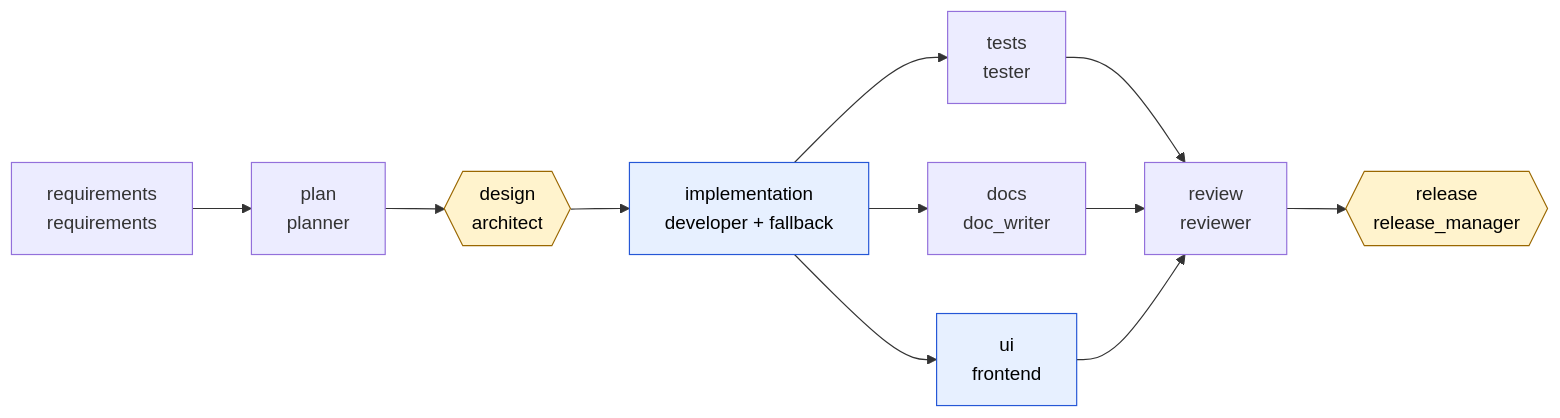
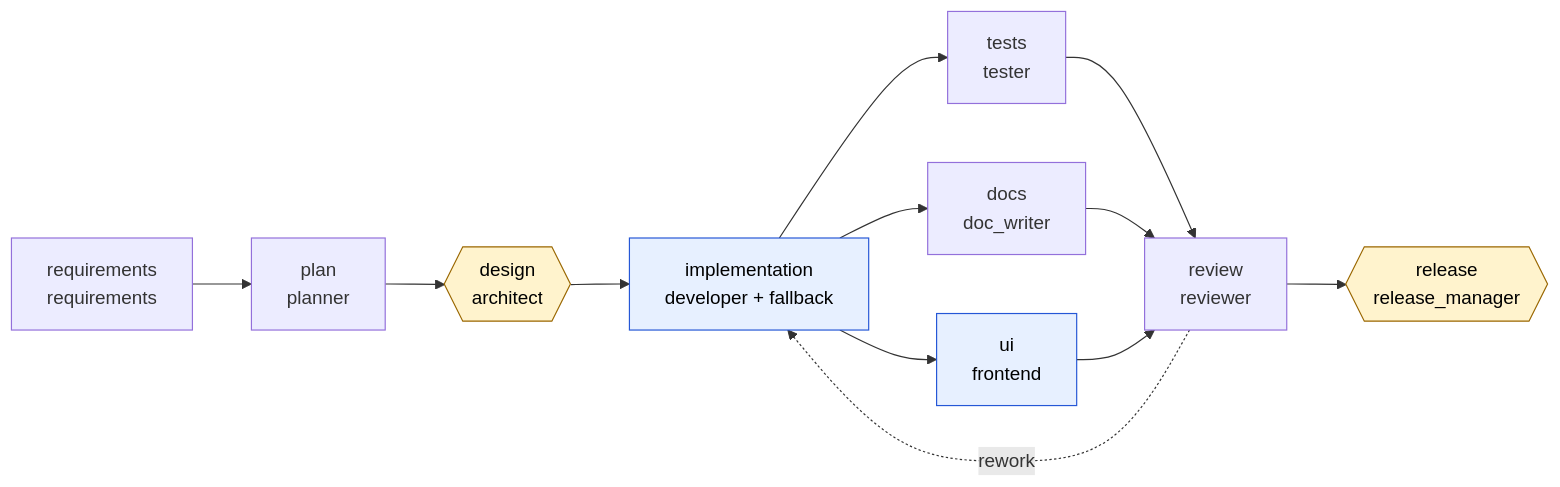
One commit to shree2015/agent-orchestrator changed the fifth of 5 diagrams in docs/architecture.md. Above: the diagram before and after it, drawn with Mermaid. The commit also changed other lines of this file and 48 other files, not shown here.

Commit message:
v0.8.0: review-driven rework, size limits, grounded reviewer, final summary

````diff
--- a/docs/architecture.md
+++ b/docs/architecture.md
@@ -207,27 +209,28 @@
 ```mermaid
 flowchart LR
   %% pdf: width=17cm
   requirements["requirements<br/>requirements"]
   design{{"design<br/>architect"}}
   implementation["implementation<br/>developer + fallback"]
   tests["tests<br/>tester"]
   docs["docs<br/>doc_writer"]
   review["review<br/>reviewer"]
   release{{"release<br/>release_manager"}}
   plan["plan<br/>planner"]
   ui["ui<br/>frontend"]
   plan --> design
   design --> implementation
   implementation --> tests
   implementation --> docs
   tests --> review
   docs --> review
   ui --> review
   review --> release
   requirements --> plan
   implementation --> ui
+  review -.->|"rework"| implementation
   classDef approval fill:#fff3cd,stroke:#9a6700,color:#000
   classDef code fill:#e7f0ff,stroke:#2557d6,color:#000
   class design,release approval
   class implementation,ui code
 ```
````
